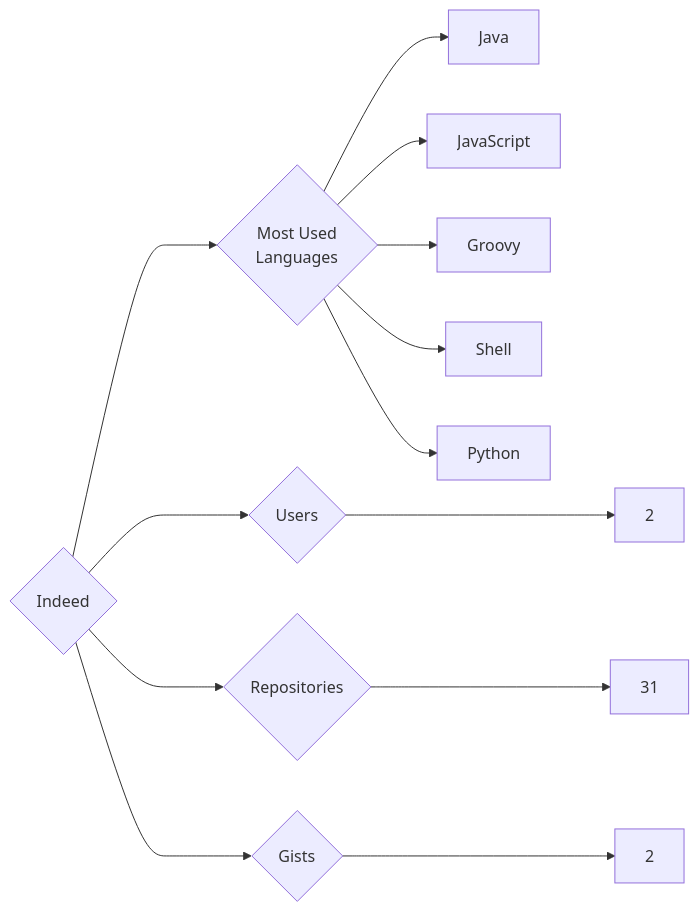
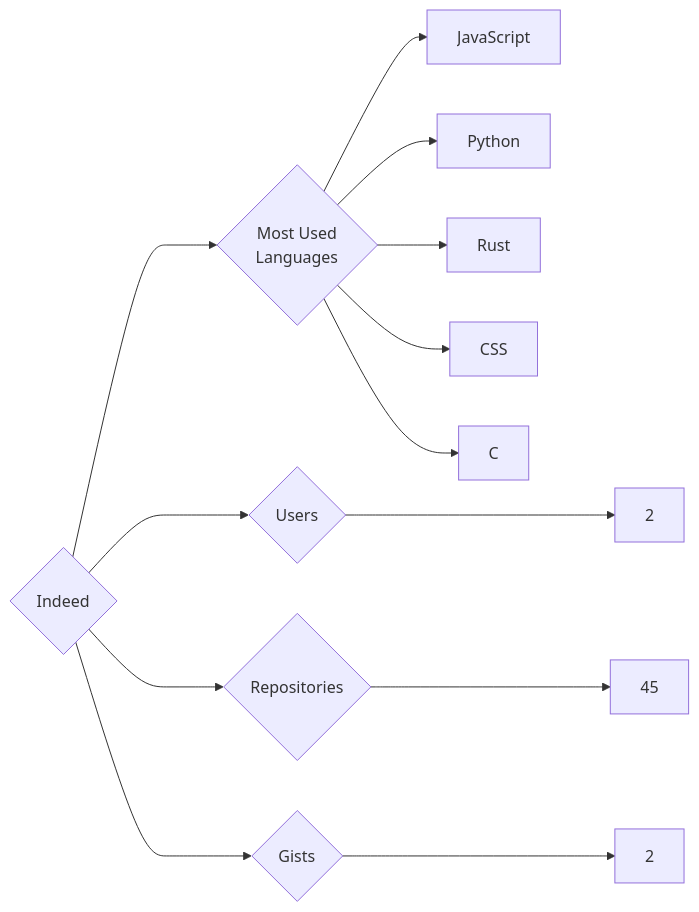
The diagram in targets/Indeed/README.md (trickest/insiders), drawn with Mermaid before and after one commit. The commit also changed 553 other files, not shown here.

````diff
--- a/targets/Indeed/README.md
+++ b/targets/Indeed/README.md
@@ -3,13 +3,13 @@
 ```mermaid
 graph LR
 COMPANY_NAME{Indeed}
 COMPANY_NAME ---> U{Users} ---> UN[2]
-COMPANY_NAME ---> R{Repositories} ---> RN[31]
+COMPANY_NAME ---> R{Repositories} ---> RN[45]
 COMPANY_NAME ---> G{Gists} ---> GN[2]
 COMPANY_NAME ---> ML{Most Used<br>Languages}
-ML --> Java[Java]
 ML --> JavaScript[JavaScript]
-ML --> Groovy[Groovy]
-ML --> Shell[Shell]
 ML --> Python[Python]
+ML --> Rust[Rust]
+ML --> CSS[CSS]
+ML --> C[C]
 ```
````
